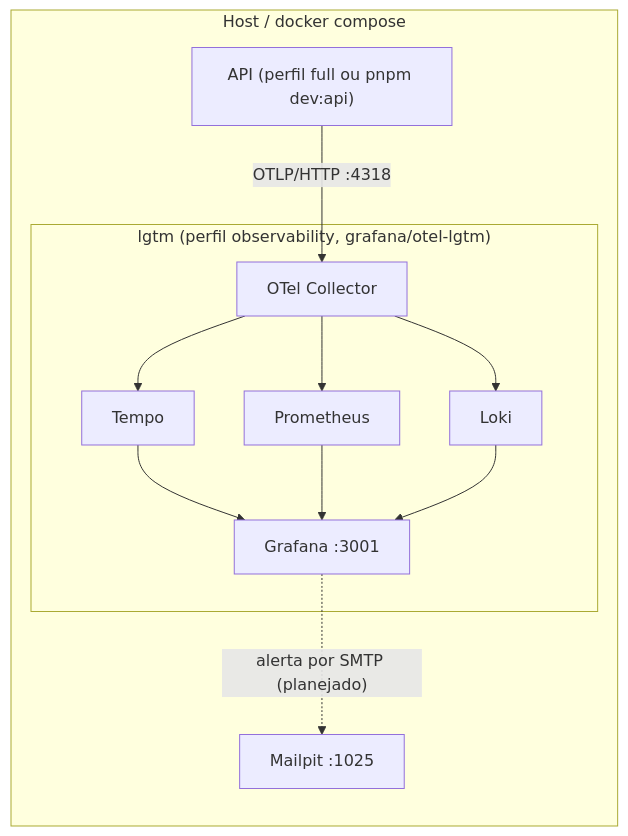
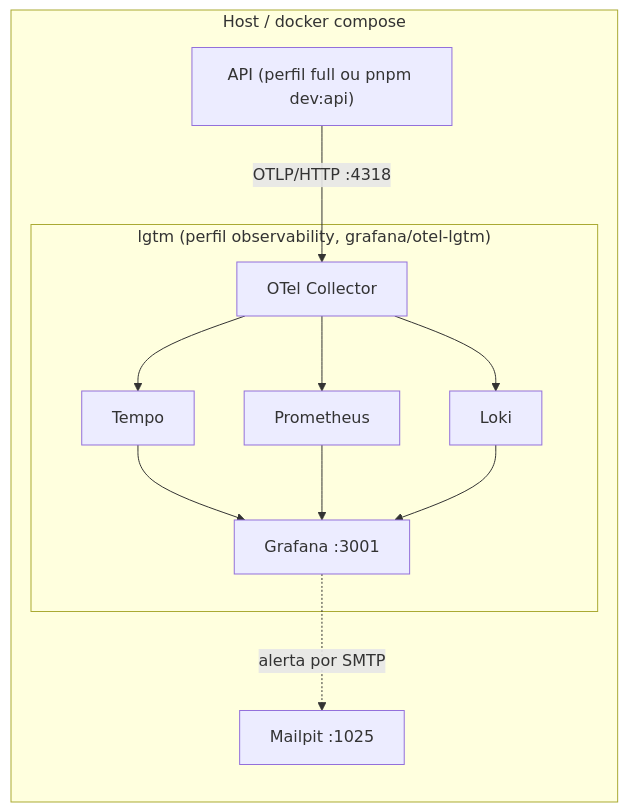
The fifth of 7 diagrams in docs/flows/observability/sequence.md (D4rkM/movietickets), drawn with Mermaid before and after one commit. The commit also changed other lines of this file and 3 other files, not shown here.

First line of the commit message:
docs: atualiza diagramas de observabilidade, booking e front (#96)

````diff
--- a/docs/flows/observability/sequence.md
+++ b/docs/flows/observability/sequence.md
@@ -112,15 +114,15 @@
 ```mermaid
 flowchart LR
     subgraph host["Host / docker compose"]
         api["API (perfil full ou pnpm dev:api)"] -->|"OTLP/HTTP :4318"| col
         subgraph lgtm["lgtm (perfil observability, grafana/otel-lgtm)"]
             col["OTel Collector"] --> tempo["Tempo"]
             col --> prom["Prometheus"]
             col --> loki["Loki"]
             tempo --> graf["Grafana :3001"]
             prom --> graf
             loki --> graf
         end
-        graf -. "alerta por SMTP (planejado)" .-> mailpit["Mailpit :1025"]
+        graf -. "alerta por SMTP" .-> mailpit["Mailpit :1025"]
     end
 ```
````
